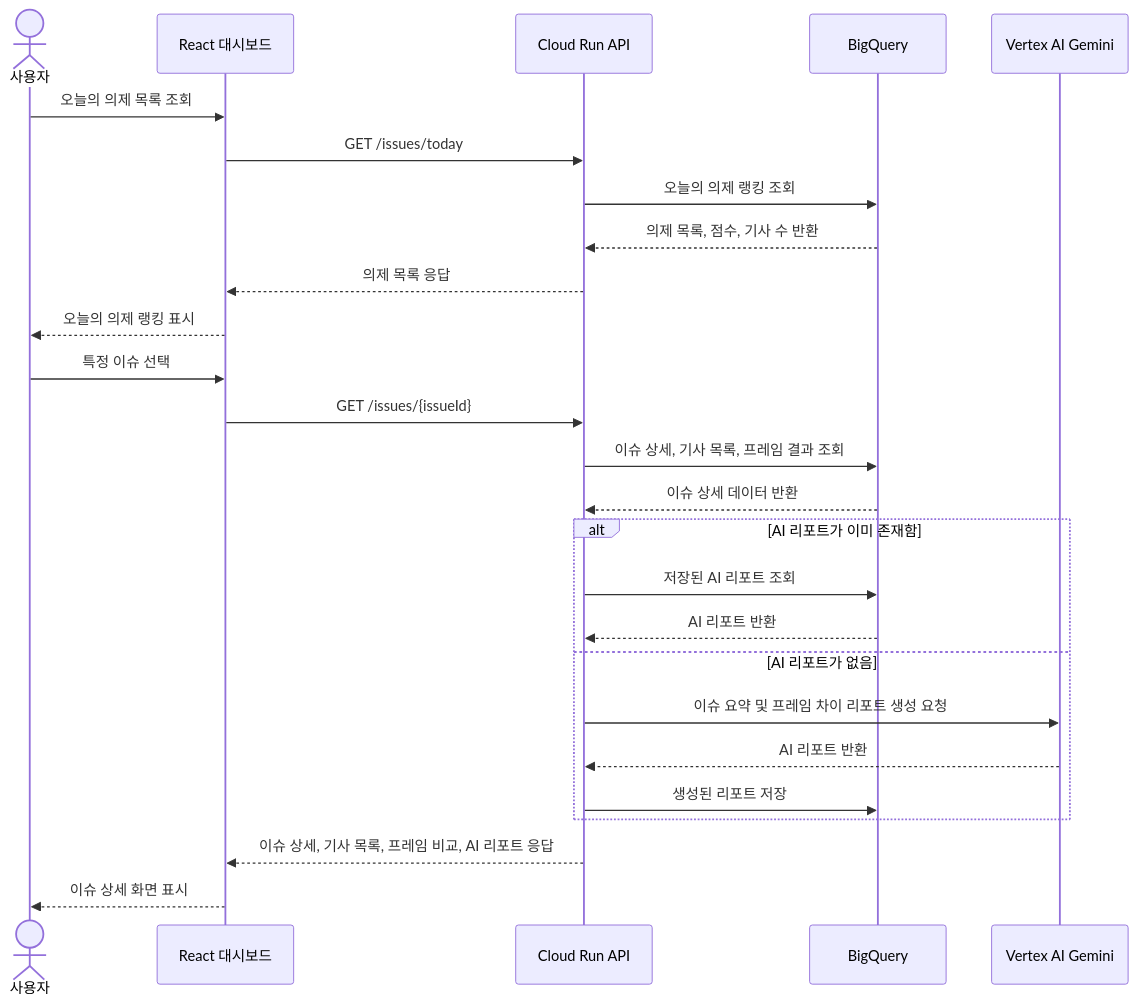
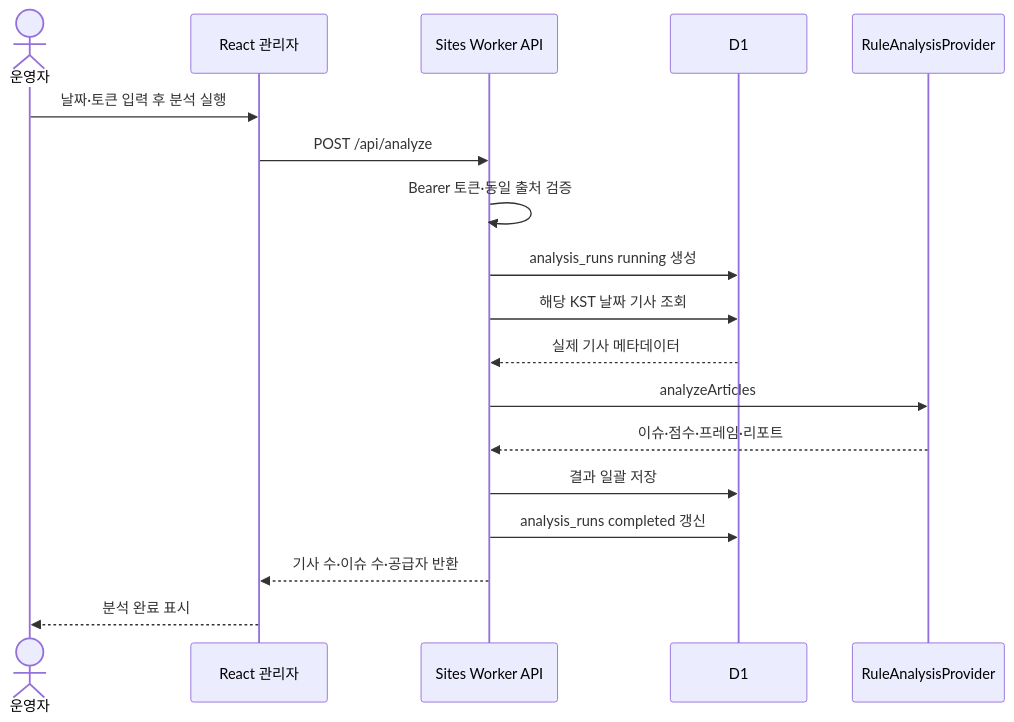
Before and after one commit to kjh01072299206-png/AgendaFrame: the fifth of 6 diagrams in AgendaFrame_11_UML.md, drawn with Mermaid. The commit also changed other lines of this file and 29 other files, not shown here.

Commit message:
Implement real-data analysis architecture

````diff
--- a/AgendaFrame_11_UML.md
+++ b/AgendaFrame_11_UML.md
@@ -341,32 +234,21 @@
 ```mermaid
 sequenceDiagram
-    actor User as 사용자
-    participant UI as React 대시보드
-    participant API as Cloud Run API
-    participant DB as BigQuery
-    participant Gemini as Vertex AI Gemini
+    actor Admin as 운영자
+    participant UI as React 관리자
+    participant API as Sites Worker API
+    participant DB as D1
+    participant Rules as RuleAnalysisProvider
 
-    User->>UI: 오늘의 의제 목록 조회
-    UI->>API: GET /issues/today
-    API->>DB: 오늘의 의제 랭킹 조회
-    DB-->>API: 의제 목록, 점수, 기사 수 반환
-    API-->>UI: 의제 목록 응답
-    UI-->>User: 오늘의 의제 랭킹 표시
-
-    User->>UI: 특정 이슈 선택
-    UI->>API: GET /issues/{issueId}
-    API->>DB: 이슈 상세, 기사 목록, 프레임 결과 조회
-    DB-->>API: 이슈 상세 데이터 반환
-
-    alt AI 리포트가 이미 존재함
-        API->>DB: 저장된 AI 리포트 조회
-        DB-->>API: AI 리포트 반환
-    else AI 리포트가 없음
-        API->>Gemini: 이슈 요약 및 프레임 차이 리포트 생성 요청
-        Gemini-->>API: AI 리포트 반환
-        API->>DB: 생성된 리포트 저장
-    end
-
-    API-->>UI: 이슈 상세, 기사 목록, 프레임 비교, AI 리포트 응답
-    UI-->>User: 이슈 상세 화면 표시
+    Admin->>UI: 날짜·토큰 입력 후 분석 실행
+    UI->>API: POST /api/analyze
+    API->>API: Bearer 토큰·동일 출처 검증
+    API->>DB: analysis_runs running 생성
+    API->>DB: 해당 KST 날짜 기사 조회
+    DB-->>API: 실제 기사 메타데이터
+    API->>Rules: analyzeArticles
+    Rules-->>API: 이슈·점수·프레임·리포트
+    API->>DB: 결과 일괄 저장
+    API->>DB: analysis_runs completed 갱신
+    API-->>UI: 기사 수·이슈 수·공급자 반환
+    UI-->>Admin: 분석 완료 표시
 ```
````
